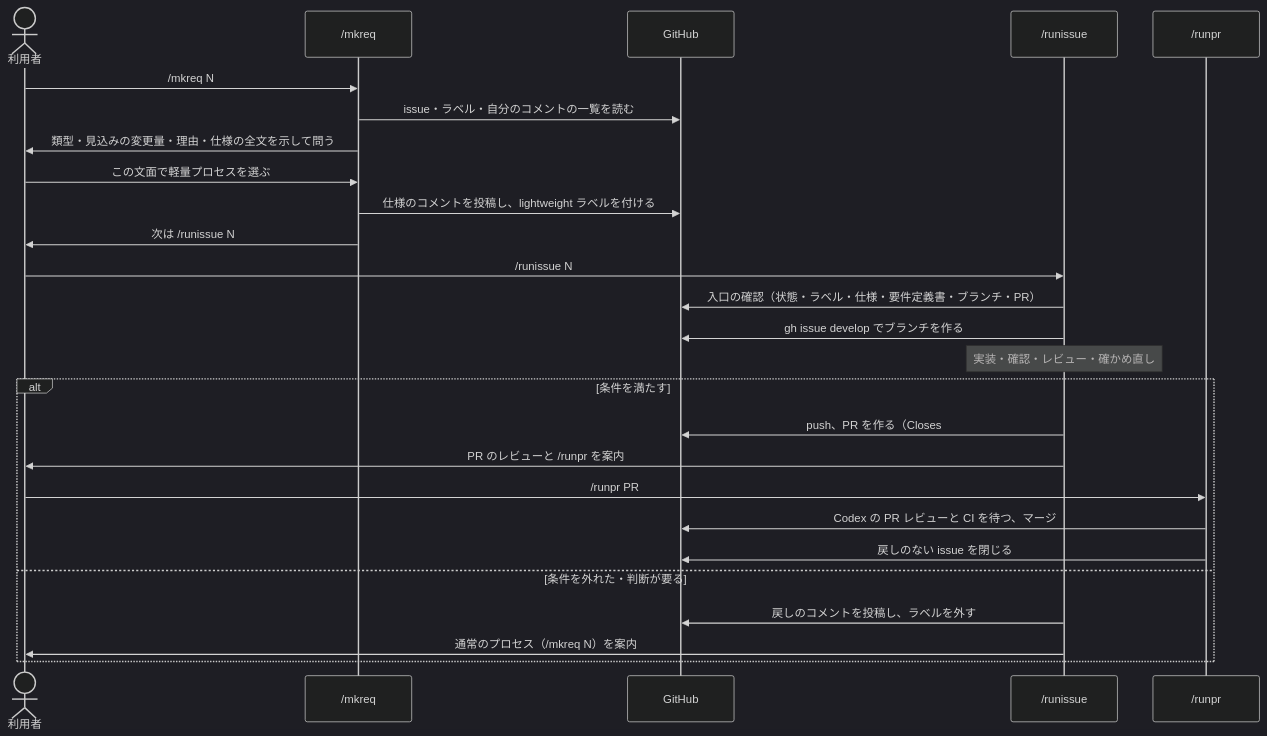
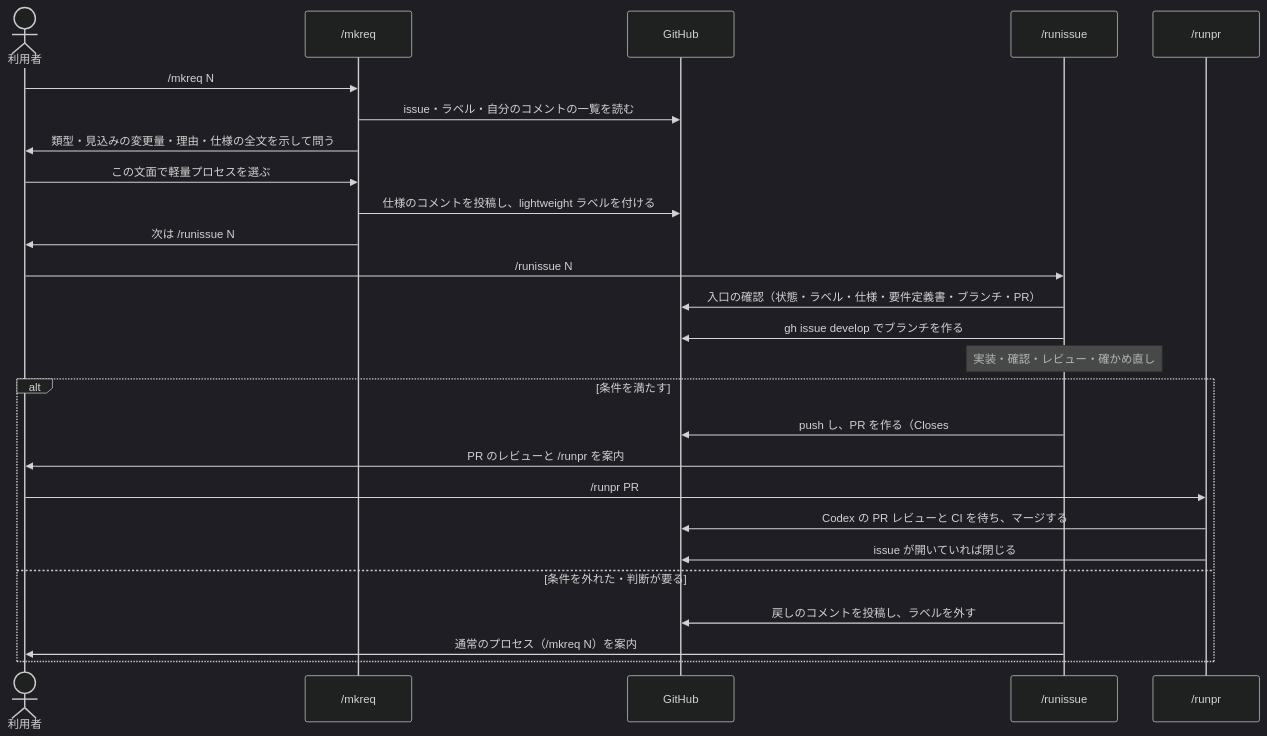
One commit to isseis/yt2column changed the third of 8 diagrams in docs/tasks/0061_lightweight_process/02_architecture.md. Above: the diagram before and after it, drawn with Mermaid (dark theme). The commit also changed other lines of this file, not shown here.

````diff
--- a/docs/tasks/0061_lightweight_process/02_architecture.md
+++ b/docs/tasks/0061_lightweight_process/02_architecture.md
@@ -210,29 +249,29 @@
 ```mermaid
 sequenceDiagram
     actor U as 利用者
     participant MK as /mkreq
     participant GH as GitHub
     participant RI as /runissue
     participant RP as /runpr
 
     U->>MK: /mkreq N
     MK->>GH: issue・ラベル・自分のコメントの一覧を読む
     MK->>U: 類型・見込みの変更量・理由・仕様の全文を示して問う
     U->>MK: この文面で軽量プロセスを選ぶ
     MK->>GH: 仕様のコメントを投稿し、lightweight ラベルを付ける
     MK->>U: 次は /runissue N
     U->>RI: /runissue N
     RI->>GH: 入口の確認（状態・ラベル・仕様・要件定義書・ブランチ・PR）
     RI->>GH: gh issue develop でブランチを作る
     Note over RI: 実装・確認・レビュー・確かめ直し
     alt 条件を満たす
-        RI->>GH: push、PR を作る（Closes #N）
+        RI->>GH: push し、PR を作る（Closes #N）
         RI->>U: PR のレビューと /runpr を案内
         U->>RP: /runpr PR
-        RP->>GH: Codex の PR レビューと CI を待つ、マージ
-        RP->>GH: 戻しのない issue を閉じる
+        RP->>GH: Codex の PR レビューと CI を待ち、マージする
+        RP->>GH: issue が開いていれば閉じる
     else 条件を外れた・判断が要る
         RI->>GH: 戻しのコメントを投稿し、ラベルを外す
         RI->>U: 通常のプロセス（/mkreq N）を案内
     end
 ```
````
